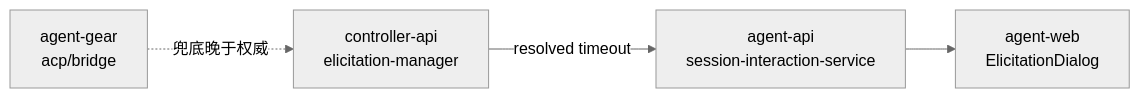
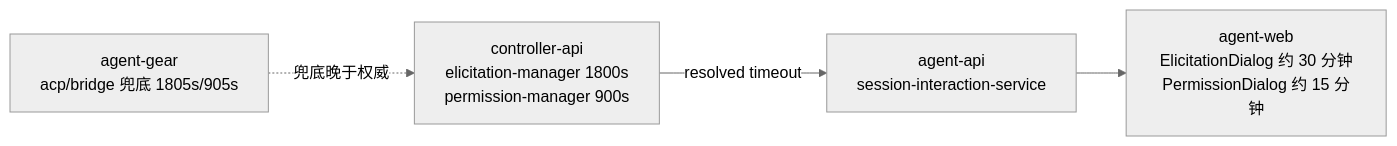
The second of 3 diagrams in docs/engineering/proposals/20261127-fix-question-timeout-300s.md (Deliay/z-agent-gear), drawn with Mermaid (neutral theme) before and after one commit. The commit also changed other lines of this file and 6 other files, not shown here.

````diff
--- a/docs/engineering/proposals/20261127-fix-question-timeout-300s.md
+++ b/docs/engineering/proposals/20261127-fix-question-timeout-300s.md
@@ -85,6 +88,6 @@
 ```mermaid
 graph LR
-    M1[controller-api<br/>elicitation-manager] -->|resolved timeout| M2[agent-api<br/>session-interaction-service]
-    M3[agent-gear<br/>acp/bridge] -.兜底晚于权威.-> M1
-    M2 --> M4[agent-web<br/>ElicitationDialog]
+    M1[controller-api<br/>elicitation-manager 1800s<br/>permission-manager 900s] -->|resolved timeout| M2[agent-api<br/>session-interaction-service]
+    M3[agent-gear<br/>acp/bridge 兜底 1805s/905s] -.兜底晚于权威.-> M1
+    M2 --> M4[agent-web<br/>ElicitationDialog 约 30 分钟<br/>PermissionDialog 约 15 分钟]
 ```
````
